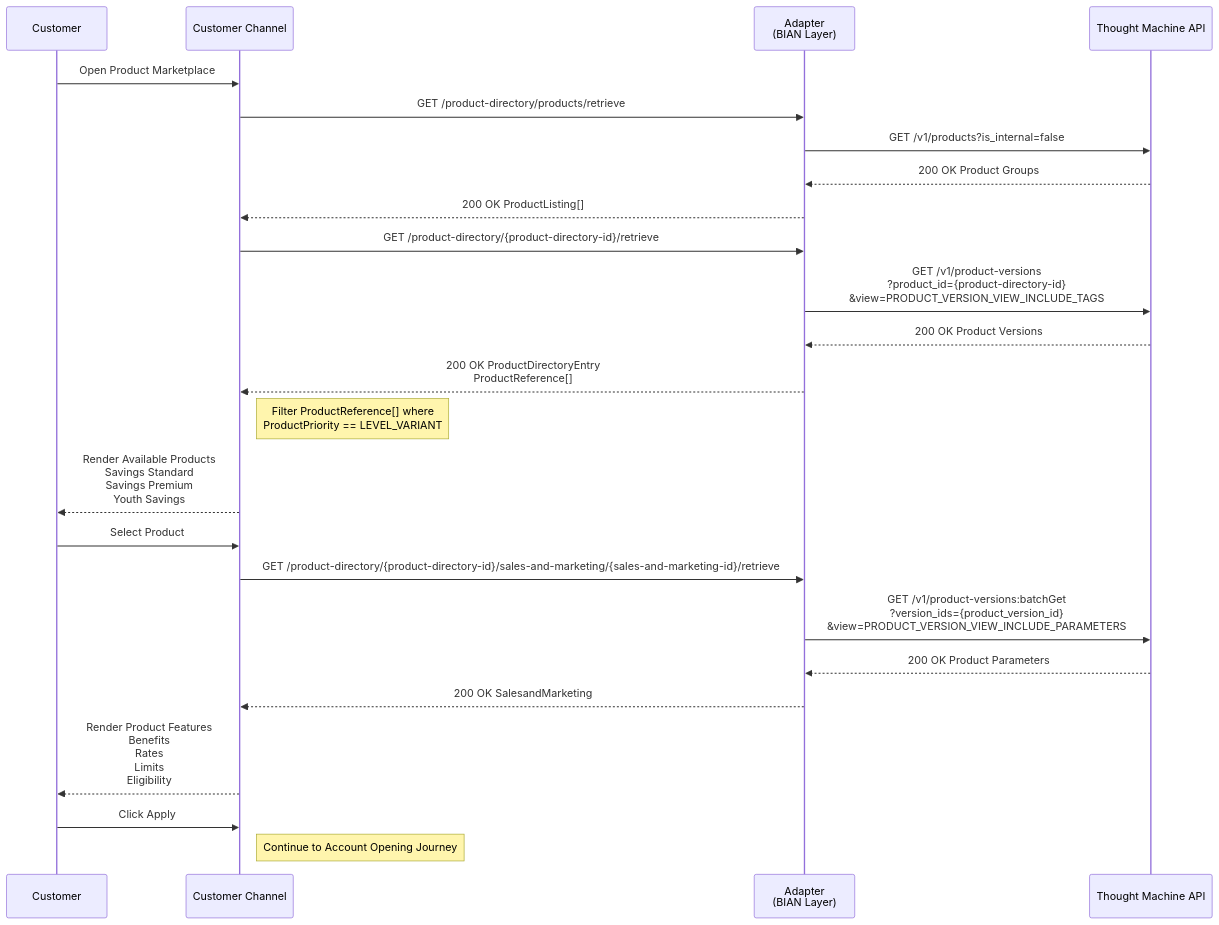
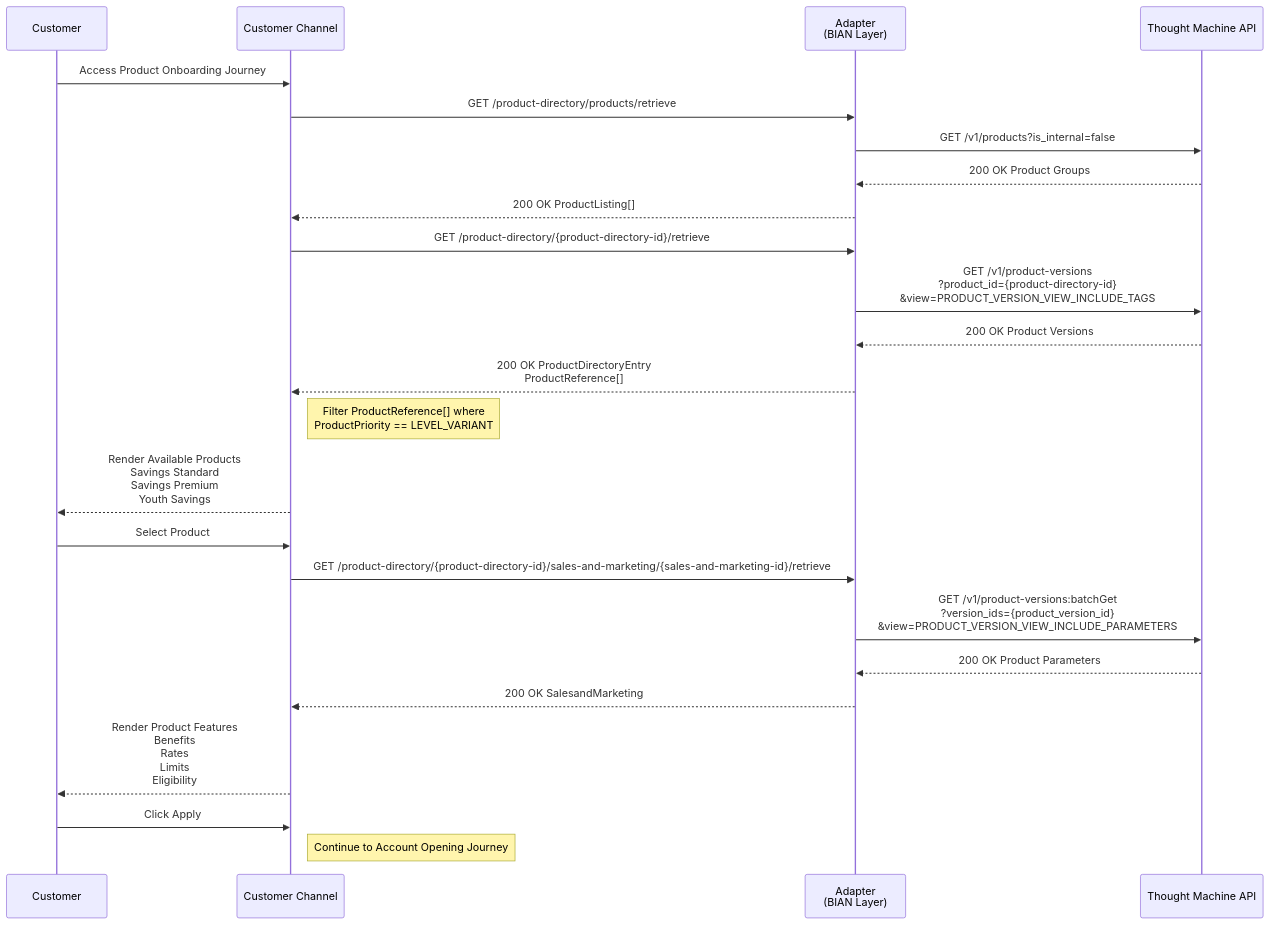
Before and after one commit to Simhadrikiran-295217/adapter-api-flows: the diagram in View Product Templates and Variants from core system.md, drawn with Mermaid.

Commit message:
Update View Product Templates and Variants from core system.md

````diff
--- a/View Product Templates and Variants from core system.md
+++ b/View Product Templates and Variants from core system.md
@@ -1,67 +1,67 @@
 ```mermaid
 sequenceDiagram
 
     participant Customer as Customer
 
     participant Channel as Customer Channel
 
     participant Adapter as Adapter<br/>(BIAN Layer)
 
     participant Core as Thought Machine API
 
 
-    Customer->>Channel: Open Product Marketplace
+    Customer->>Channel: Access Product Onboarding Journey
 
 
     Channel->>Adapter: GET /product-directory/products/retrieve
 
 
     Adapter->>Core: GET /v1/products?is_internal=false
 
     Core-->>Adapter: 200 OK Product Groups
 
 
     Adapter-->>Channel: 200 OK ProductListing[]
 
 
     Channel->>Adapter: GET /product-directory/{product-directory-id}/retrieve
 
 
     Adapter->>Core: GET /v1/product-versions<br/>?product_id={product-directory-id}<br/>&view=PRODUCT_VERSION_VIEW_INCLUDE_TAGS
 
 
     Core-->>Adapter: 200 OK Product Versions
 
 
     Adapter-->>Channel: 200 OK ProductDirectoryEntry<br/>ProductReference[]
 
 
     Note right of Channel: Filter ProductReference[] where<br/>ProductPriority == LEVEL_VARIANT
 
 
     Channel-->>Customer: Render Available Products<br/>Savings Standard<br/>Savings Premium<br/>Youth Savings
 
 
     Customer->>Channel: Select Product
 
 
     Channel->>Adapter: GET /product-directory/{product-directory-id}/sales-and-marketing/{sales-and-marketing-id}/retrieve
 
 
     Adapter->>Core: GET /v1/product-versions:batchGet<br/>?version_ids={product_version_id}<br/>&view=PRODUCT_VERSION_VIEW_INCLUDE_PARAMETERS
 
 
     Core-->>Adapter: 200 OK Product Parameters
 
 
     Adapter-->>Channel: 200 OK SalesandMarketing
 
 
     Channel-->>Customer: Render Product Features<br/>Benefits<br/>Rates<br/>Limits<br/>Eligibility
 
 
     Customer->>Channel: Click Apply
 
 
     Note right of Channel: Continue to Account Opening Journey
 ```
````
